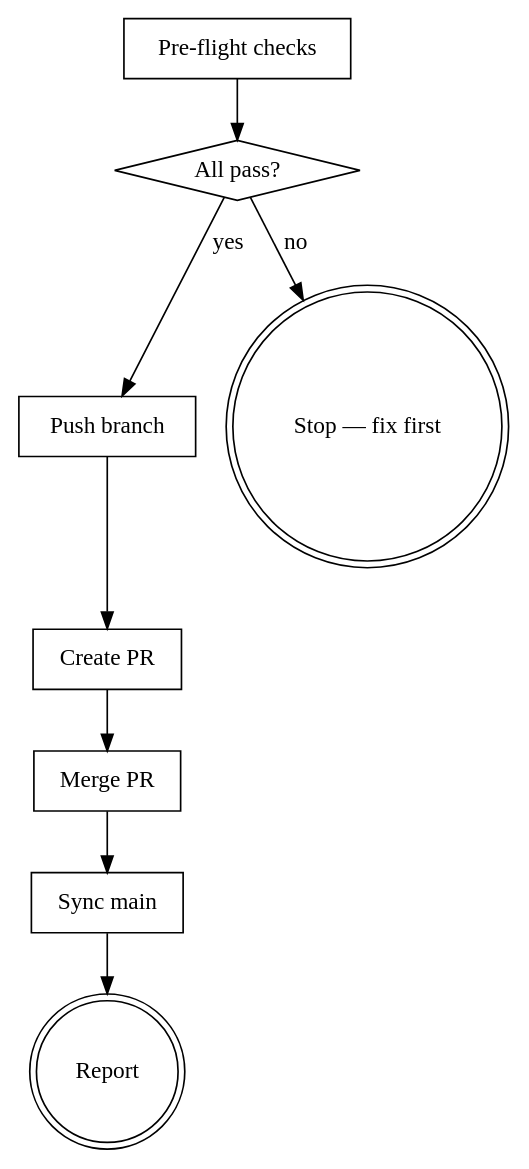
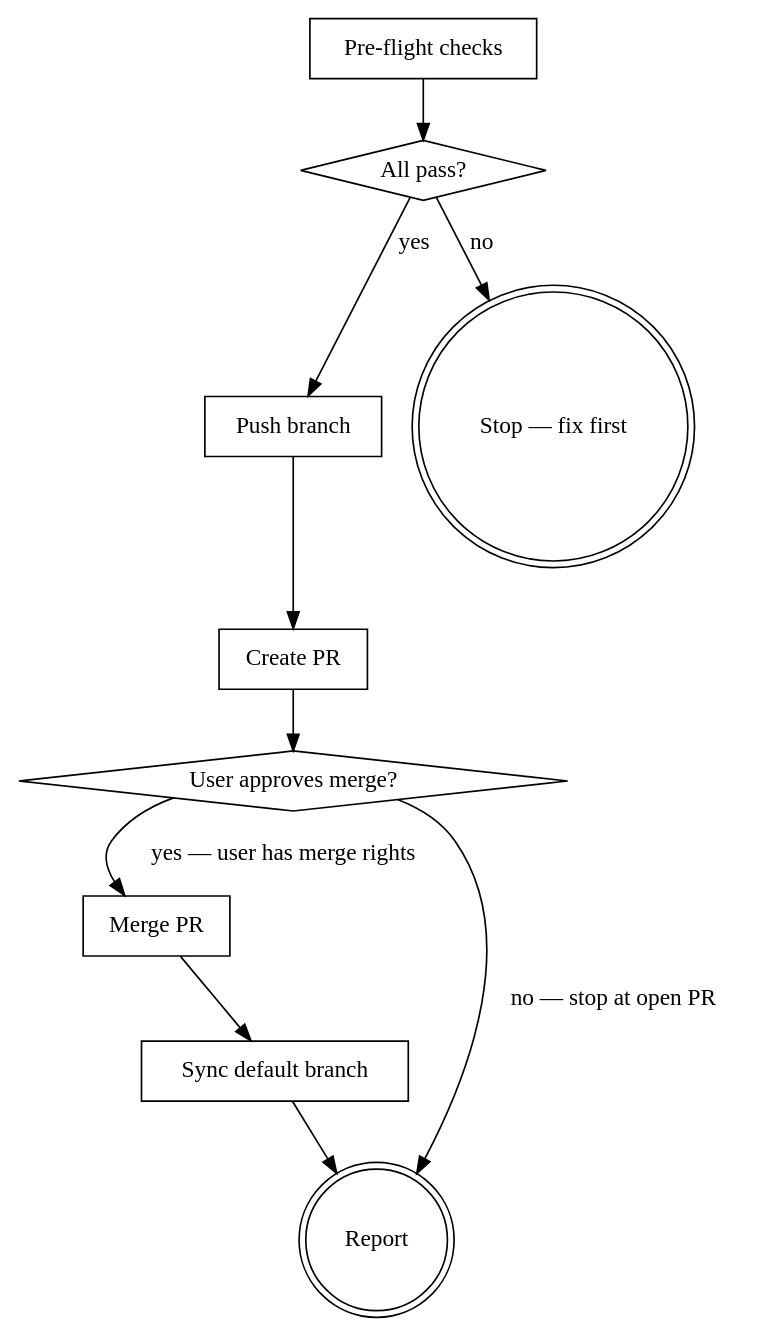
Before and after one commit to GeorgeThiel-hob/georgethiel: the diagram in claude-code/skills/GIT/SKILL.md, drawn with Graphviz. The commit also changed other lines of this file and 8 other files, not shown here.

````diff
--- a/claude-code/skills/GIT/SKILL.md
+++ b/claude-code/skills/GIT/SKILL.md
@@ -74,20 +85,23 @@
 ```dot
 digraph gt_flow {
     "Pre-flight checks" [shape=box];
     "All pass?" [shape=diamond];
     "Push branch" [shape=box];
     "Create PR" [shape=box];
+    "User approves merge?" [shape=diamond];
     "Merge PR" [shape=box];
-    "Sync main" [shape=box];
+    "Sync default branch" [shape=box];
     "Report" [shape=doublecircle];
     "Stop — fix first" [shape=doublecircle];
 
     "Pre-flight checks" -> "All pass?";
     "All pass?" -> "Push branch" [label="yes"];
     "All pass?" -> "Stop — fix first" [label="no"];
     "Push branch" -> "Create PR";
-    "Create PR" -> "Merge PR";
-    "Merge PR" -> "Sync main";
-    "Sync main" -> "Report";
+    "Create PR" -> "User approves merge?";
+    "User approves merge?" -> "Merge PR" [label="yes — user has merge rights"];
+    "User approves merge?" -> "Report" [label="no — stop at open PR"];
+    "Merge PR" -> "Sync default branch";
+    "Sync default branch" -> "Report";
 }
 ```
````
